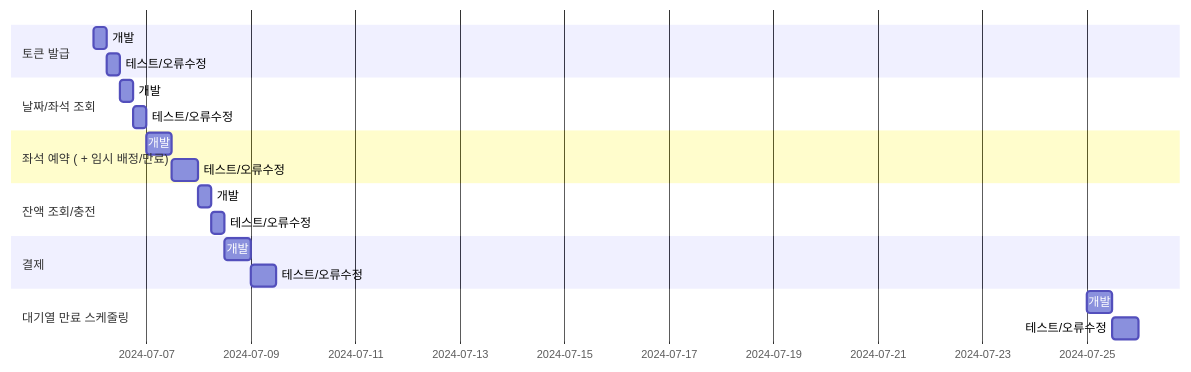
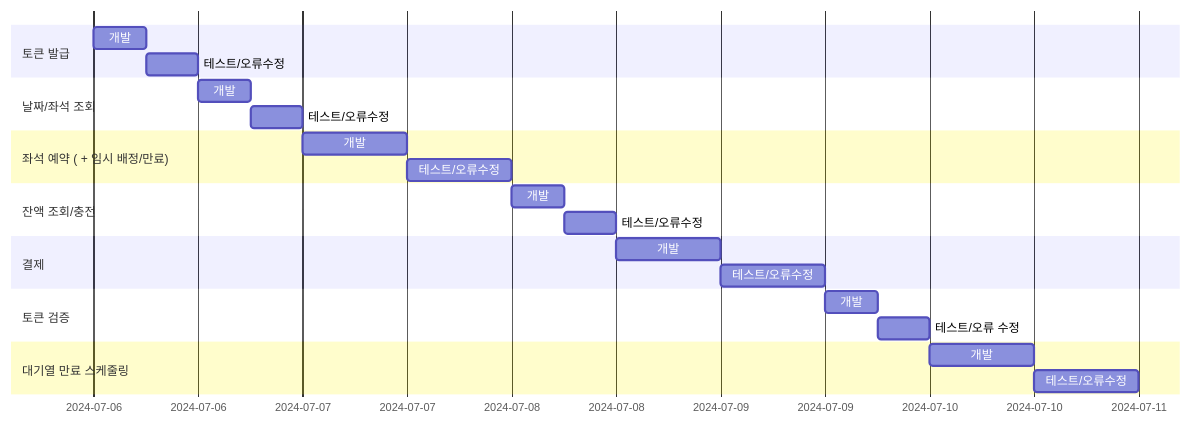
Before and after one commit to YoungWonBackendStudy/HHPlus-Concert-Reservation: diagram 11 of 13 in README.md, drawn with Mermaid. The commit also changed other lines of this file and 3 other files, not shown here.

````diff
--- a/README.md
+++ b/README.md
@@ -197,23 +197,26 @@
 ```mermaid
 gantt
 dateFormat YYYY-MM-DD
 
 Section 토큰 발급
     개발           : dev_get_tok, 2024-07-06, 6h
     테스트/오류수정 : test_get_tok, after dev_get_tok, 6h
 Section 날짜/좌석 조회
     개발           : dev_get_con, after test_get_tok, 6h
     테스트/오류수정 : test_get_con, after dev_get_con, 6h
 Section 좌석 예약 ( + 임시 배정/만료)
     개발           : dev_reserve, after test_get_con, 12h
     테스트/오류수정 : test_reserve, after dev_reserve, 12h
 Section 잔액 조회/충전
     개발           : dev_asset, after test_reserve, 6h
     테스트/오류수정 : test_asset, after dev_asset, 6h
 Section 결제
     개발           : dev_pay, after test_asset, 12h
     테스트/오류수정 : test_pay, after dev_pay, 12h
+Section 토큰 검증
+    개발          : dev_tok_val, after test_pay, 6h
+    테스트/오류 수정 : test_tok_val, after dev_tok_val, 6h
 Section 대기열 만료 스케줄링
     개발           : dev_waiting_sch, after test_tok_val, 12h
     테스트/오류수정 : test_waiting_sch, after dev_waiting_sch, 12h
 ```
````
